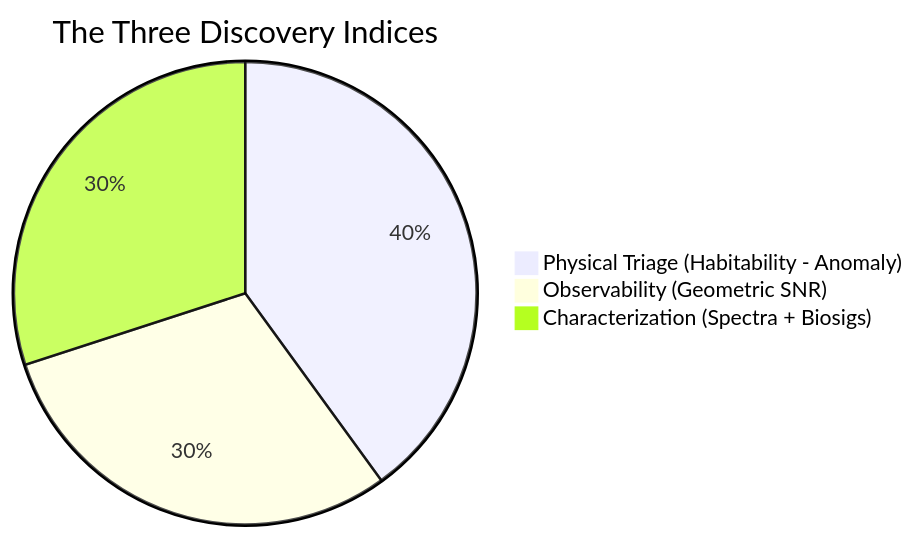
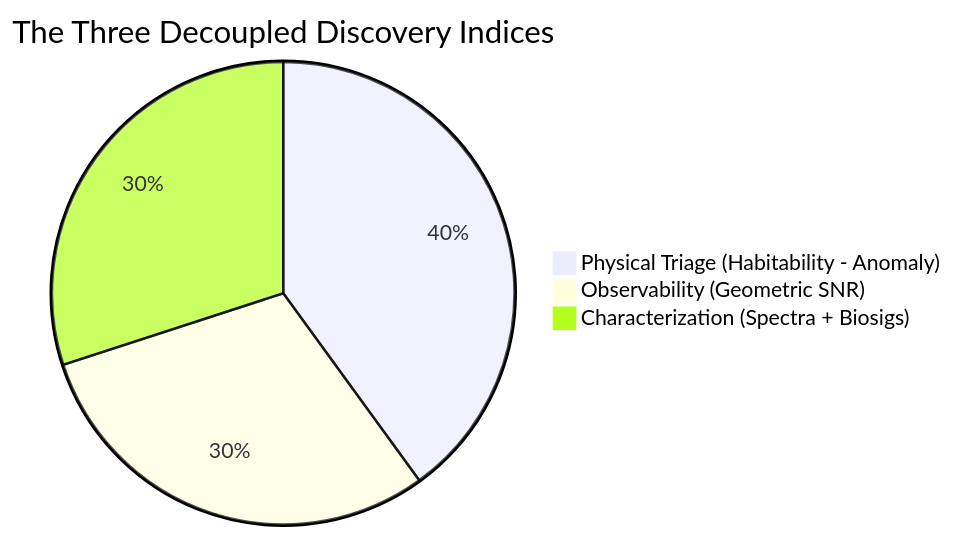
The third of 4 diagrams in README.md (yoohooshantanu/Exo), drawn with Mermaid before and after one commit. The commit also changed other lines of this file, not shown here.

Commit message:
docs(readme): document terrestrial surface gate P_rocky, bayesian safety priors, decoupled triage indices, and UI radar telemetry

````diff
--- a/README.md
+++ b/README.md
@@ -264,6 +287,6 @@
 ```mermaid
-pie title The Three Discovery Indices
+pie title The Three Decoupled Discovery Indices
     "Physical Triage (Habitability - Anomaly)" : 40
     "Observability (Geometric SNR)" : 30
     "Characterization (Spectra + Biosigs)" : 30
 ```
````
